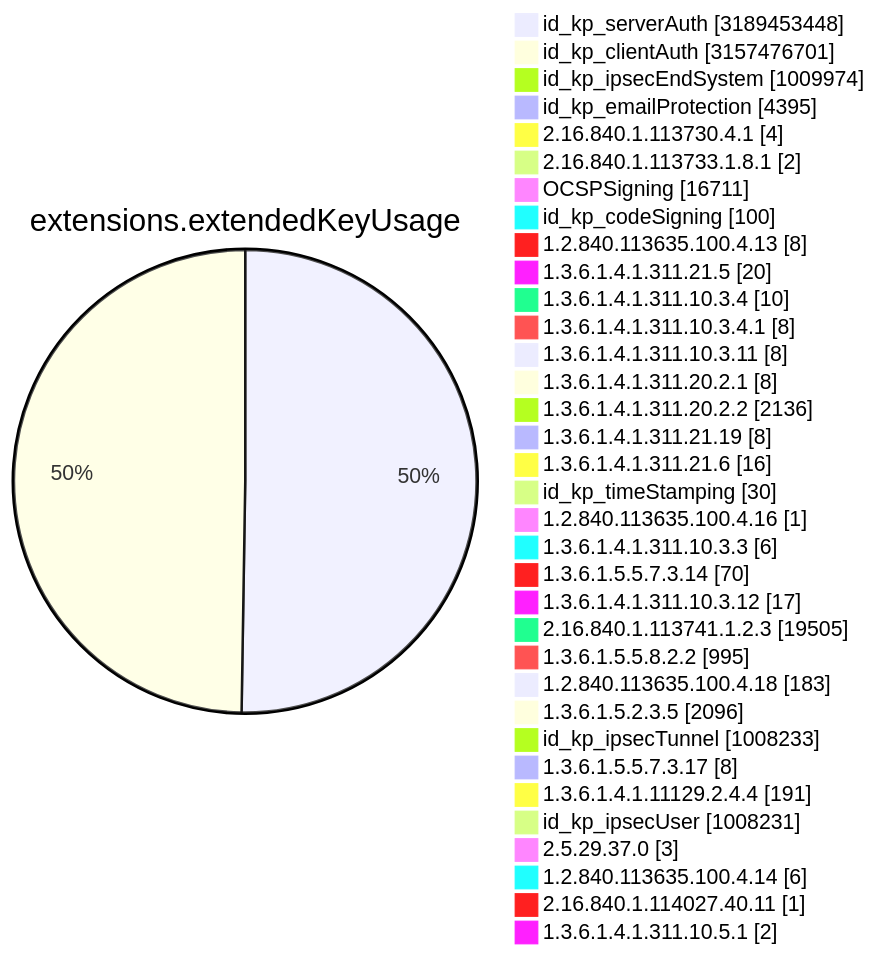
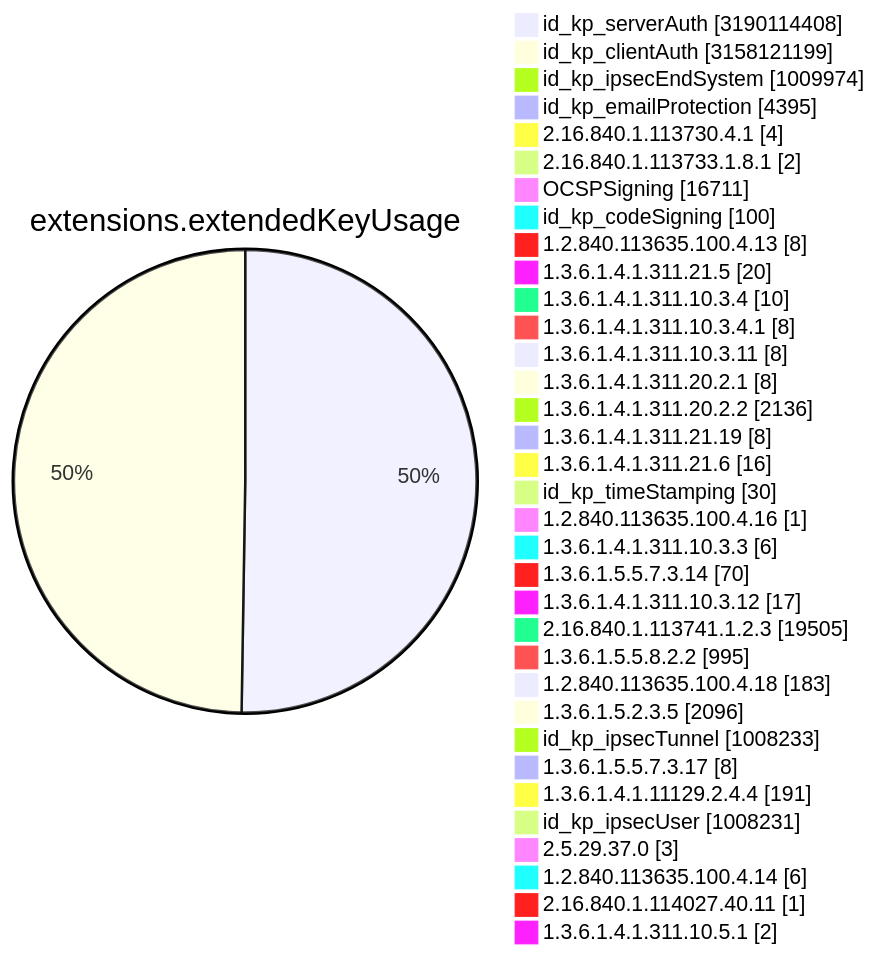
Diagram 11 of 15 in TOTAL/README.md (christiankrug/ctmonitor_visualization), drawn with Mermaid before and after one commit. The commit also changed other lines of this file, not shown here.

````diff
--- a/TOTAL/README.md
+++ b/TOTAL/README.md
@@ -4119,38 +4119,38 @@
 ```mermaid
 pie showData
 title extensions.extendedKeyUsage
-"id_kp_serverAuth" :3189453448
-"id_kp_clientAuth" :3157476701
+"id_kp_serverAuth" :3190114408
+"id_kp_clientAuth" :3158121199
 "id_kp_ipsecEndSystem" :1009974
 "id_kp_emailProtection" :4395
 "2.16.840.1.113730.4.1" :4
 "2.16.840.1.113733.1.8.1" :2
 "OCSPSigning" :16711
 "id_kp_codeSigning" :100
 "1.2.840.113635.100.4.13" :8
 "1.3.6.1.4.1.311.21.5" :20
 "1.3.6.1.4.1.311.10.3.4" :10
 "1.3.6.1.4.1.311.10.3.4.1" :8
 "1.3.6.1.4.1.311.10.3.11" :8
 "1.3.6.1.4.1.311.20.2.1" :8
 "1.3.6.1.4.1.311.20.2.2" :2136
 "1.3.6.1.4.1.311.21.19" :8
 "1.3.6.1.4.1.311.21.6" :16
 "id_kp_timeStamping" :30
 "1.2.840.113635.100.4.16" :1
 "1.3.6.1.4.1.311.10.3.3" :6
 "1.3.6.1.5.5.7.3.14" :70
 "1.3.6.1.4.1.311.10.3.12" :17
 "2.16.840.1.113741.1.2.3" :19505
 "1.3.6.1.5.5.8.2.2" :995
 "1.2.840.113635.100.4.18" :183
 "1.3.6.1.5.2.3.5" :2096
 "id_kp_ipsecTunnel" :1008233
 "1.3.6.1.5.5.7.3.17" :8
 "1.3.6.1.4.1.11129.2.4.4" :191
 "id_kp_ipsecUser" :1008231
 "2.5.29.37.0" :3
 "1.2.840.113635.100.4.14" :6
 "2.16.840.1.114027.40.11" :1
 "1.3.6.1.4.1.311.10.5.1" :2
 ```
````
